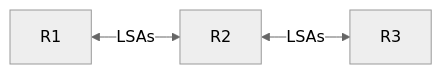
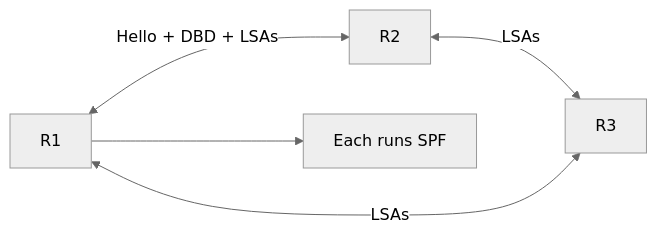
Before and after one commit to omnayak27199/pktana: diagram 12 of 36 in learning/11-protocols-reference.md, drawn with Mermaid (neutral theme). The commit also changed other lines of this file and 14 other files, not shown here.

````diff
--- a/learning/11-protocols-reference.md
+++ b/learning/11-protocols-reference.md
@@ -154,4 +785,7 @@
 ```mermaid
 flowchart LR
-  R1 <-->|LSAs| R2 <-->|LSAs| R3
+  R1 <-->|Hello + DBD + LSAs| R2
+  R2 <-->|LSAs| R3
+  R1 <-->|LSAs| R3
+  R1 --> SPF[Each runs SPF]
 ```
````
